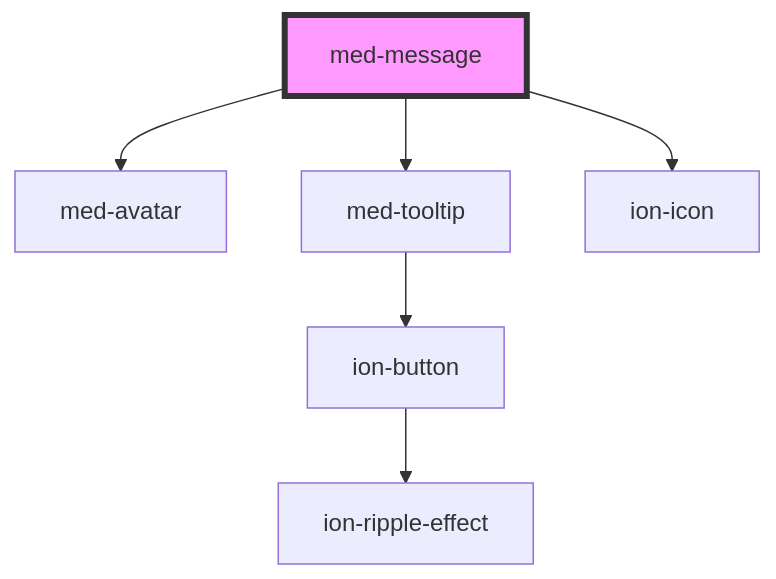
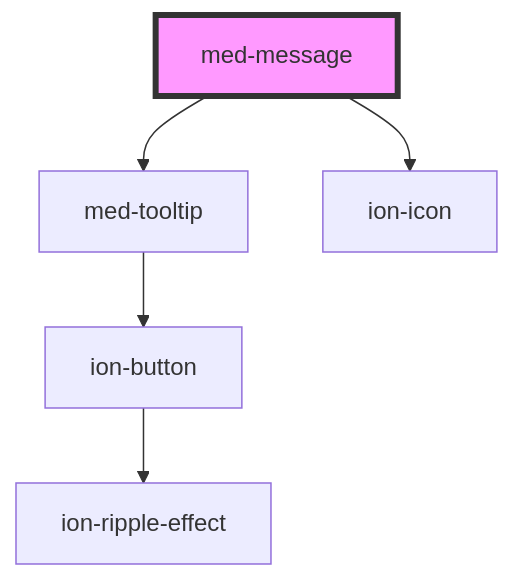
The diagram in core/src/components/@medgrupo/global/med-message/readme.md (MEDGRUPOGIT/ionic-framework-1), drawn with Mermaid before and after one commit. The commit also changed other lines of this file and 20 other files, not shown here.

````diff
--- a/core/src/components/@medgrupo/global/med-message/readme.md
+++ b/core/src/components/@medgrupo/global/med-message/readme.md
@@ -39,9 +46,8 @@
 ```mermaid
 graph TD;
-  med-message --> med-avatar
   med-message --> med-tooltip
   med-message --> ion-icon
   med-tooltip --> ion-button
   ion-button --> ion-ripple-effect
   style med-message fill:#f9f,stroke:#333,stroke-width:4px
 ```
````
